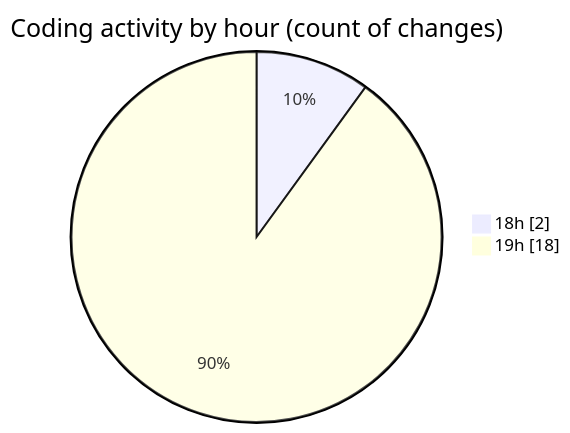
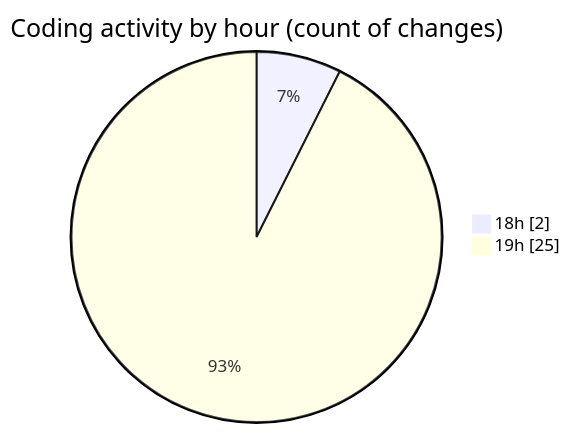
One commit to CELIANVF/code-tracking changed the second of 2 diagrams in 2025-05-22/ecodeli-1/README.md. Above: the diagram before and after it, drawn with Mermaid. The commit also changed other lines of this file and 2 other files, not shown here.

````diff
--- a/2025-05-22/ecodeli-1/README.md
+++ b/2025-05-22/ecodeli-1/README.md
@@ -36,6 +39,6 @@
 ```mermaid
 pie showData
 title Coding activity by hour (count of changes)
 "18h" : 2
-"19h" : 18
+"19h" : 25
 ```
````
